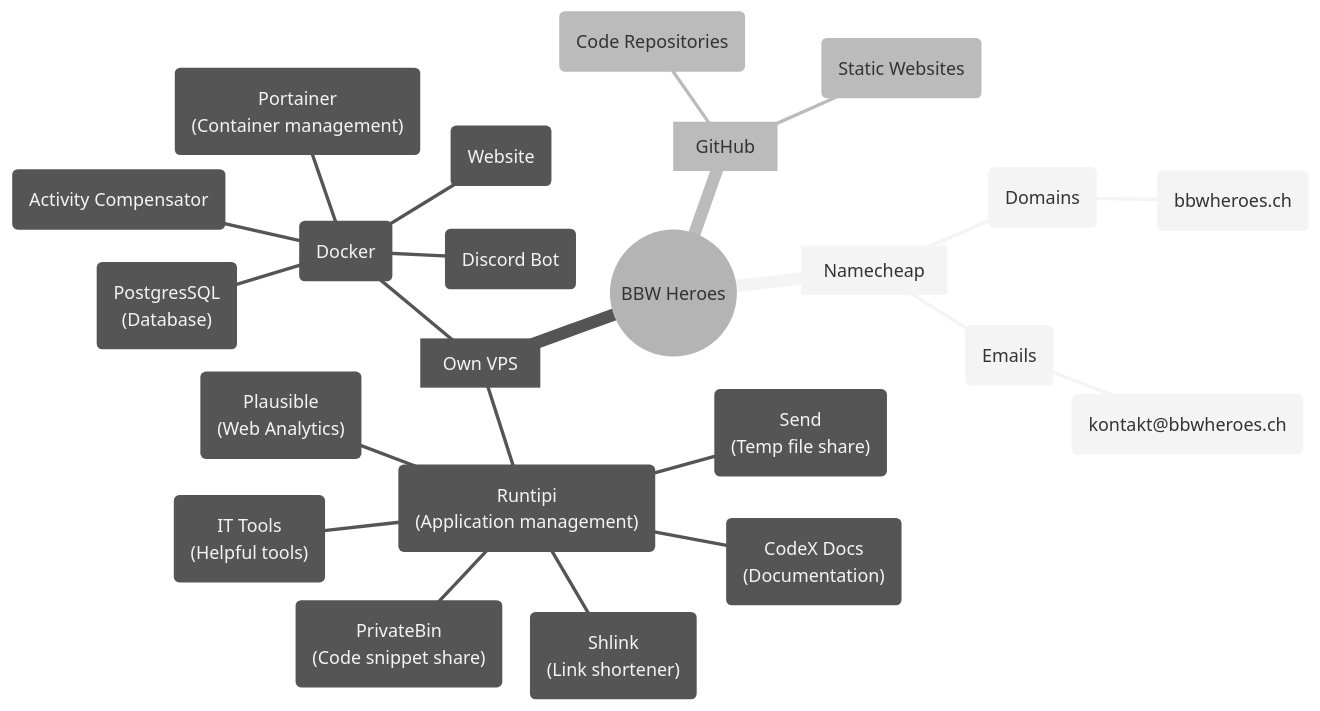
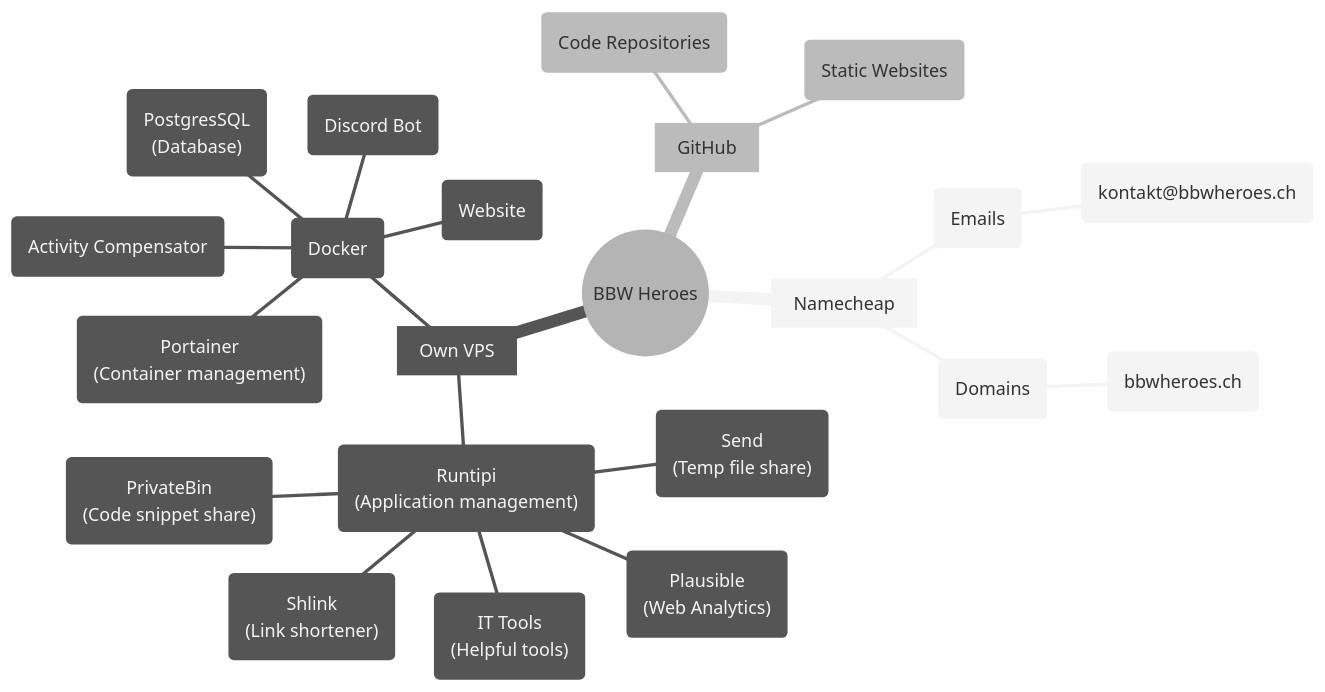
One commit to bbwheroes/system changed the diagram in infrastructure/README.md. Above: the diagram before and after it, drawn with Mermaid (neutral theme).

Commit message:
Remove documentation service

````diff
--- a/infrastructure/README.md
+++ b/infrastructure/README.md
@@ -3,27 +3,26 @@
 ```mermaid
 mindmap
     ((BBW Heroes))
         [Namecheap]
             (Domains)
                 (bbwheroes.ch)
             (Emails)
                 (kontakt@bbwheroes.ch)
         [Own VPS]
             ("Runtipi <br/> (Application management)")
-                ("CodeX Docs <br/> (Documentation)")
                 ("Send <br/> (Temp file share)")
                 ("Plausible <br/> (Web Analytics)")
                 ("PrivateBin <br/> (Code snippet share)")
                 ("Shlink <br/> (Link shortener)")
                 ("IT Tools <br/> (Helpful tools)")
             (Docker)
                 ("Portainer <br/> (Container management)")
                 (Discord Bot)
                 (Website)
                 (Activity Compensator)
                 ("PostgresSQL <br/> (Database)")
         [GitHub]
             (Code Repositories)
             (Static Websites)
             
 ```
````
